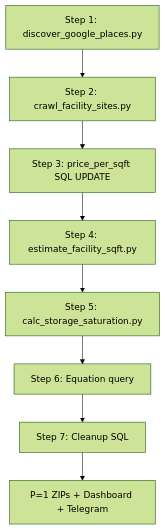
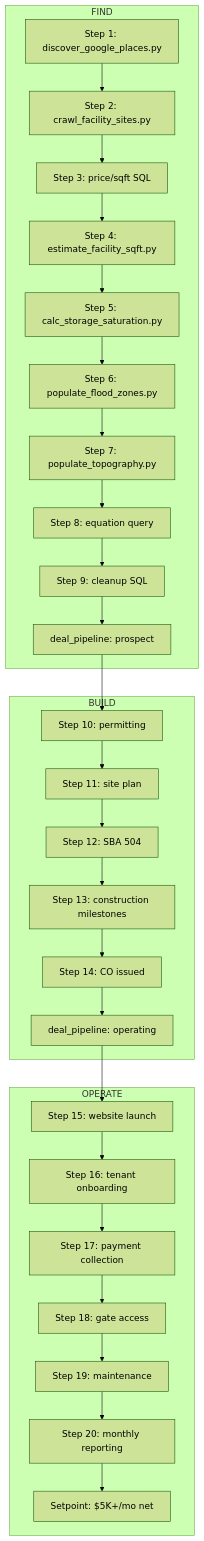
The second of 2 diagrams in factory/real-estate/PROC-1000-DEAL-FINDER.md (djb258/Barton-Processes), drawn with Mermaid (forest theme) before and after one commit. The commit also changed other lines of this file, not shown here.

Commit message:
docs: PROC-1000 v2.0.0 — full 3-step lifecycle (FIND/BUILD/OPERATE) per Atlas

````diff
--- a/factory/real-estate/PROC-1000-DEAL-FINDER.md
+++ b/factory/real-estate/PROC-1000-DEAL-FINDER.md
@@ -511,10 +1009,31 @@
 ```mermaid
 flowchart TD
-  S1[Step 1: discover_google_places.py] --> S2[Step 2: crawl_facility_sites.py]
-  S2 --> S3[Step 3: price_per_sqft SQL UPDATE]
-  S3 --> S4[Step 4: estimate_facility_sqft.py]
-  S4 --> S5[Step 5: calc_storage_saturation.py]
-  S5 --> S6[Step 6: Equation query]
-  S6 --> S7[Step 7: Cleanup SQL]
-  S7 --> OUT[P=1 ZIPs + Dashboard + Telegram]
+  subgraph FIND
+    S1[Step 1: discover_google_places.py] --> S2[Step 2: crawl_facility_sites.py]
+    S2 --> S3[Step 3: price/sqft SQL]
+    S3 --> S4[Step 4: estimate_facility_sqft.py]
+    S4 --> S5[Step 5: calc_storage_saturation.py]
+    S5 --> S6[Step 6: populate_flood_zones.py]
+    S6 --> S7[Step 7: populate_topography.py]
+    S7 --> S8[Step 8: equation query]
+    S8 --> S9[Step 9: cleanup SQL]
+    S9 --> DP_PROSPECT[deal_pipeline: prospect]
+  end
+  subgraph BUILD
+    DP_PROSPECT --> S10[Step 10: permitting]
+    S10 --> S11[Step 11: site plan]
+    S11 --> S12[Step 12: SBA 504]
+    S12 --> S13[Step 13: construction milestones]
+    S13 --> S14[Step 14: CO issued]
+    S14 --> DP_OPERATING[deal_pipeline: operating]
+  end
+  subgraph OPERATE
+    DP_OPERATING --> S15[Step 15: website launch]
+    S15 --> S16[Step 16: tenant onboarding]
+    S16 --> S17[Step 17: payment collection]
+    S17 --> S18[Step 18: gate access]
+    S18 --> S19[Step 19: maintenance]
+    S19 --> S20[Step 20: monthly reporting]
+    S20 --> SETPOINT[Setpoint: $5K+/mo net]
+  end
 ```
````
